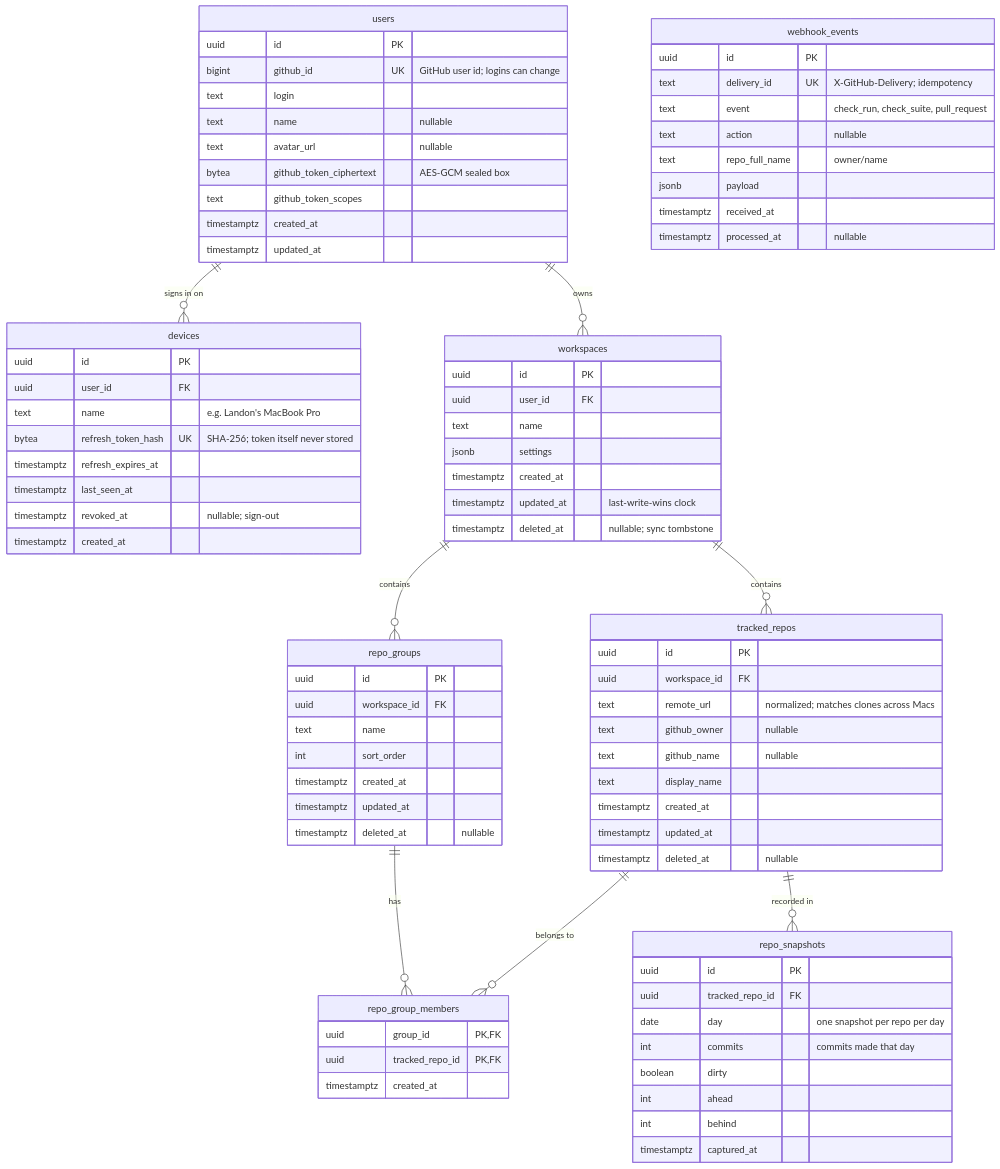
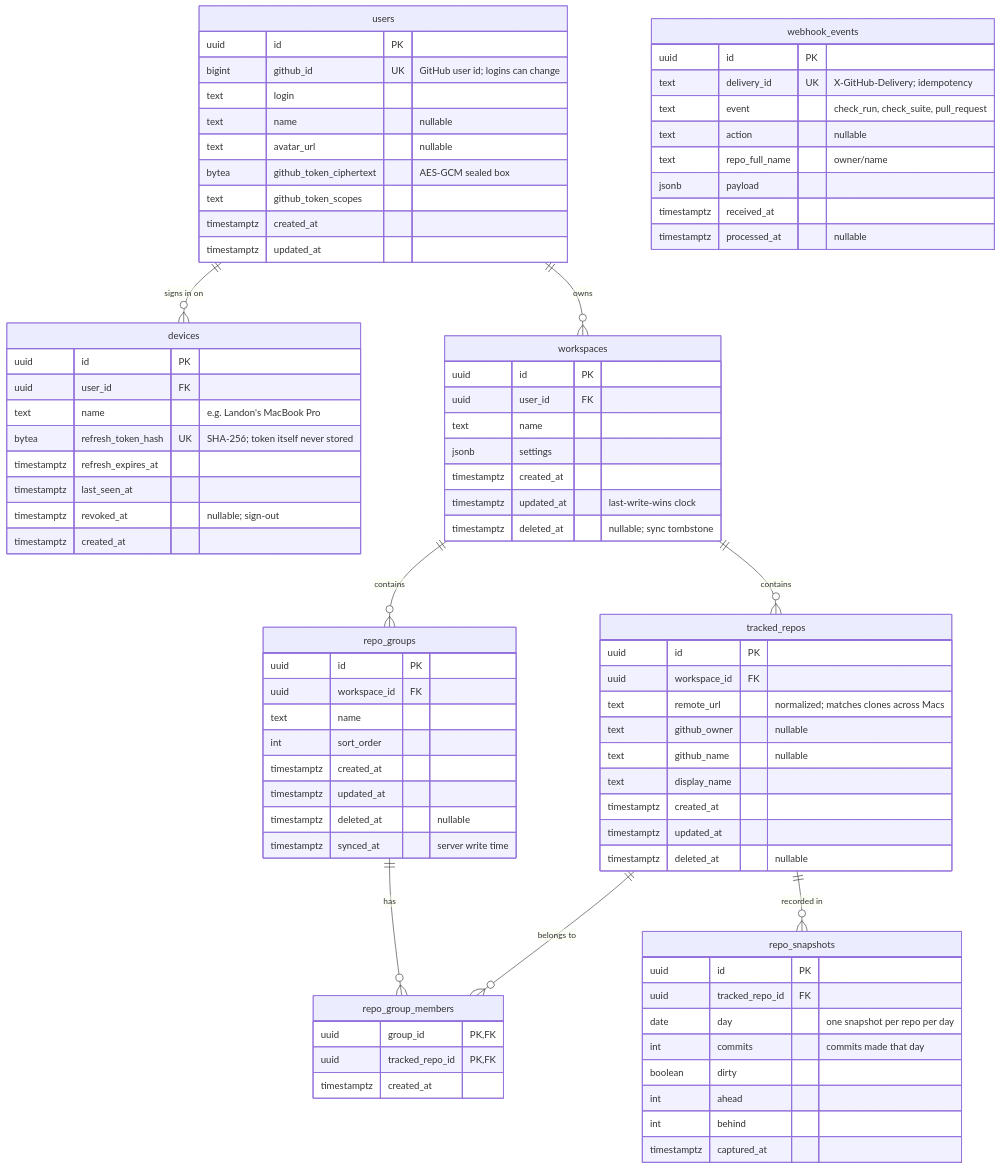
One commit to lquainta/RepoHub changed the diagram in docs/architecture/database.md. Above: the diagram before and after it, drawn with Mermaid. The commit also changed other lines of this file and 42 other files, not shown here.

```diff
--- a/docs/architecture/database.md
+++ b/docs/architecture/database.md
@@ -70,6 +70,7 @@
         timestamptz created_at
         timestamptz updated_at
         timestamptz deleted_at "nullable"
+        timestamptz synced_at "server write time"
     }
     repo_group_members {
         uuid group_id PK, FK
```
